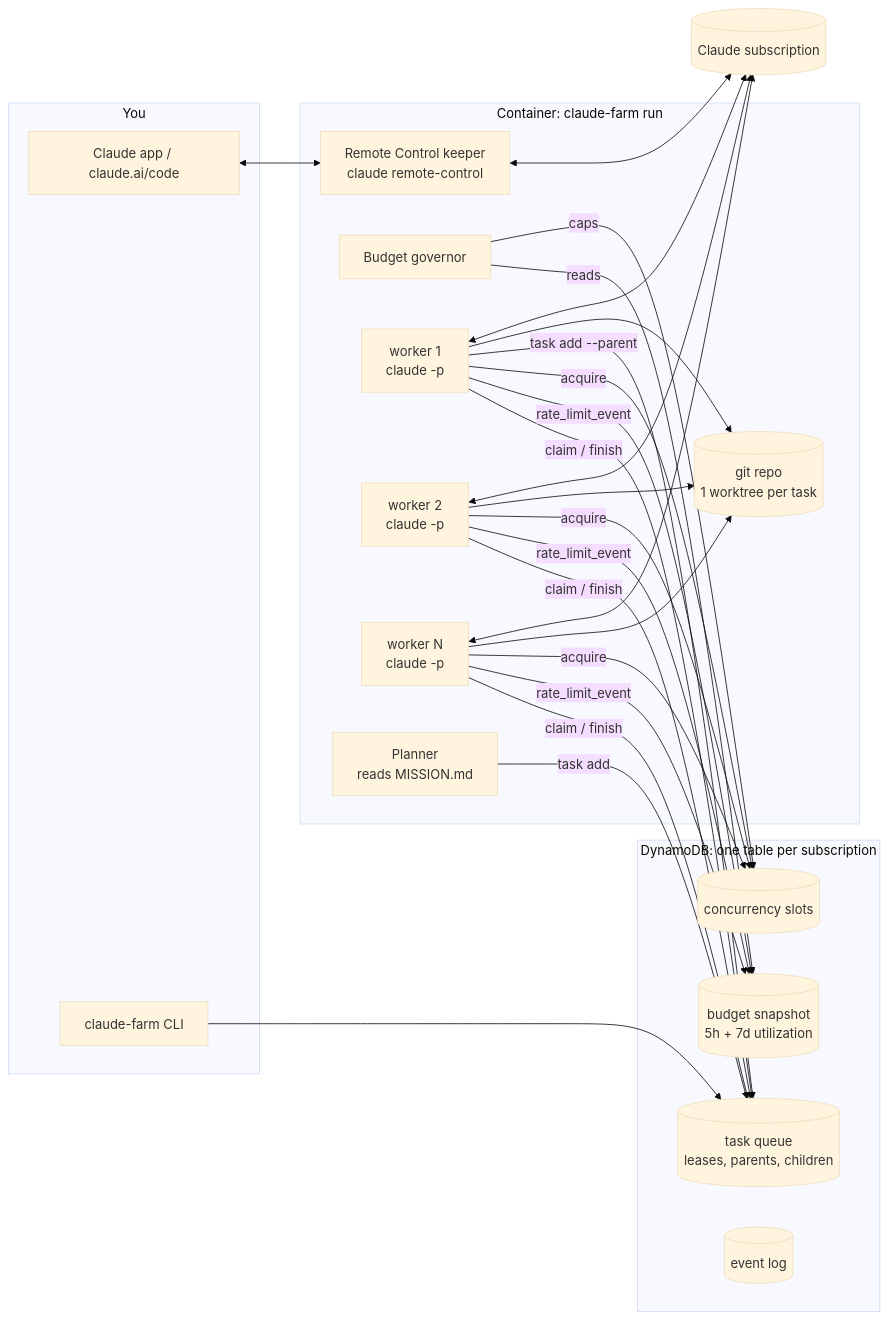
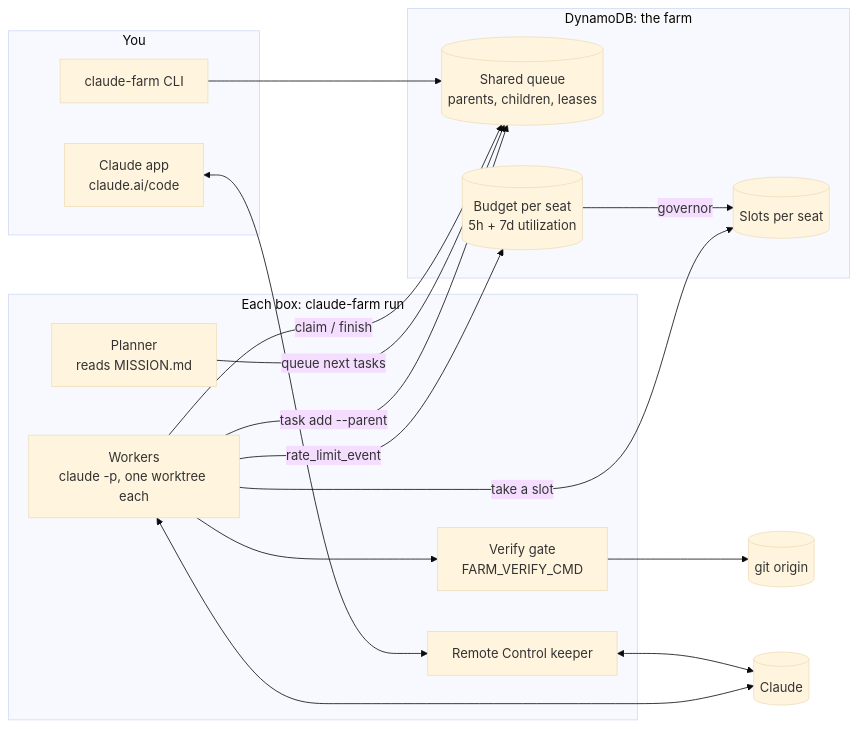
Before and after one commit to matank001/clodfarm: the diagram in README.md, drawn with Mermaid (base theme). The commit also changed other lines of this file and 14 other files, not shown here.

Commit message:
Launch README: hero illustration, terminal preview, feature grid, comparison, FAQ; social preview; issue/PR templates, code of conduct, dependabot, docs index; package keywords and OCI labels; usage bars in claude-farm budget

````diff
--- a/README.md
+++ b/README.md
@@ -185,35 +162,31 @@
 ```mermaid
 flowchart LR
   subgraph you[You]
-    app[Claude app / claude.ai/code]
+    app[Claude app<br/>claude.ai/code]
     cli[claude-farm CLI]
   end
-  subgraph box[Container: claude-farm run]
-    rc[Remote Control keeper<br/>claude remote-control]
-    gov[Budget governor]
-    w1[worker 1<br/>claude -p]
-    w2[worker 2<br/>claude -p]
-    w3[worker N<br/>claude -p]
+  subgraph box[Each box: claude-farm run]
+    rc[Remote Control keeper]
+    w[Workers<br/>claude -p, one worktree each]
     plan[Planner<br/>reads MISSION.md]
-    git[(git repo<br/>1 worktree per task)]
+    gate[Verify gate<br/>FARM_VERIFY_CMD]
   end
-  subgraph ddb[DynamoDB: one table per subscription]
-    q[(task queue<br/>leases, parents, children)]
-    b[(budget snapshot<br/>5h + 7d utilization)]
-    s[(concurrency slots)]
-    ev[(event log)]
+  subgraph ddb[DynamoDB: the farm]
+    q[(Shared queue<br/>parents, children, leases)]
+    b[(Budget per seat<br/>5h + 7d utilization)]
+    s[(Slots per seat)]
   end
-  anthropic[(Claude subscription)]
+  origin[(git origin)]
+  claude[(Claude)]
 
   app <--> rc
   cli --> q
-  w1 & w2 & w3 -- claim / finish --> q
-  w1 & w2 & w3 -- rate_limit_event --> b
-  gov -- reads --> b
-  gov -- caps --> s
-  w1 & w2 & w3 -- acquire --> s
-  plan -- task add --> q
-  w1 -- "task add --parent" --> q
-  w1 & w2 & w3 --> git
-  rc & w1 & w2 & w3 <--> anthropic
+  w -- claim / finish --> q
+  plan -- queue next tasks --> q
+  w -- "task add --parent" --> q
+  w -- rate_limit_event --> b
+  b -- governor --> s
+  w -- take a slot --> s
+  w --> gate --> origin
+  rc & w <--> claude
 ```
````
